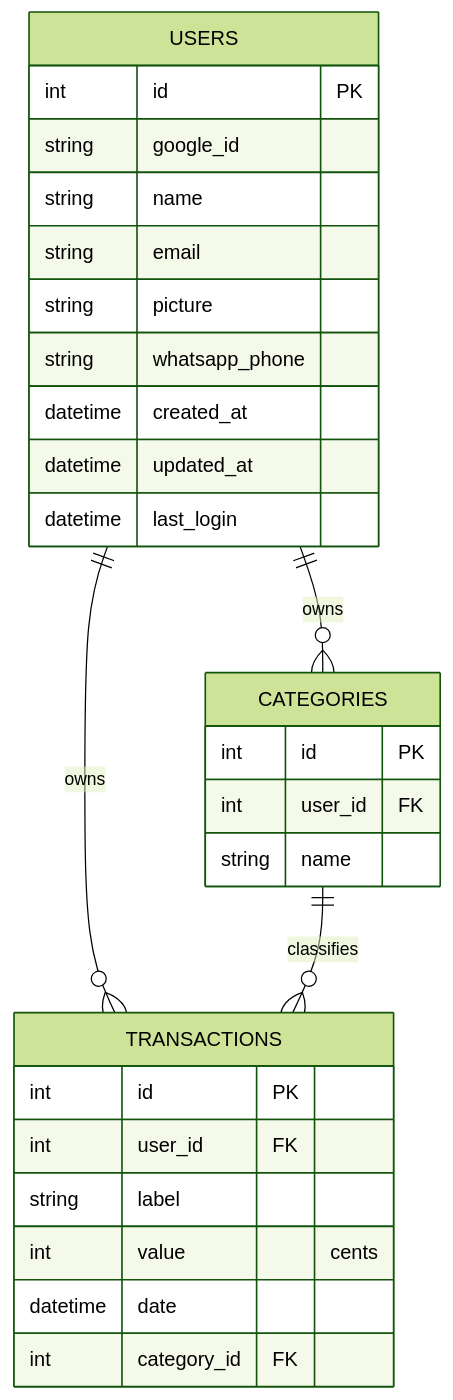
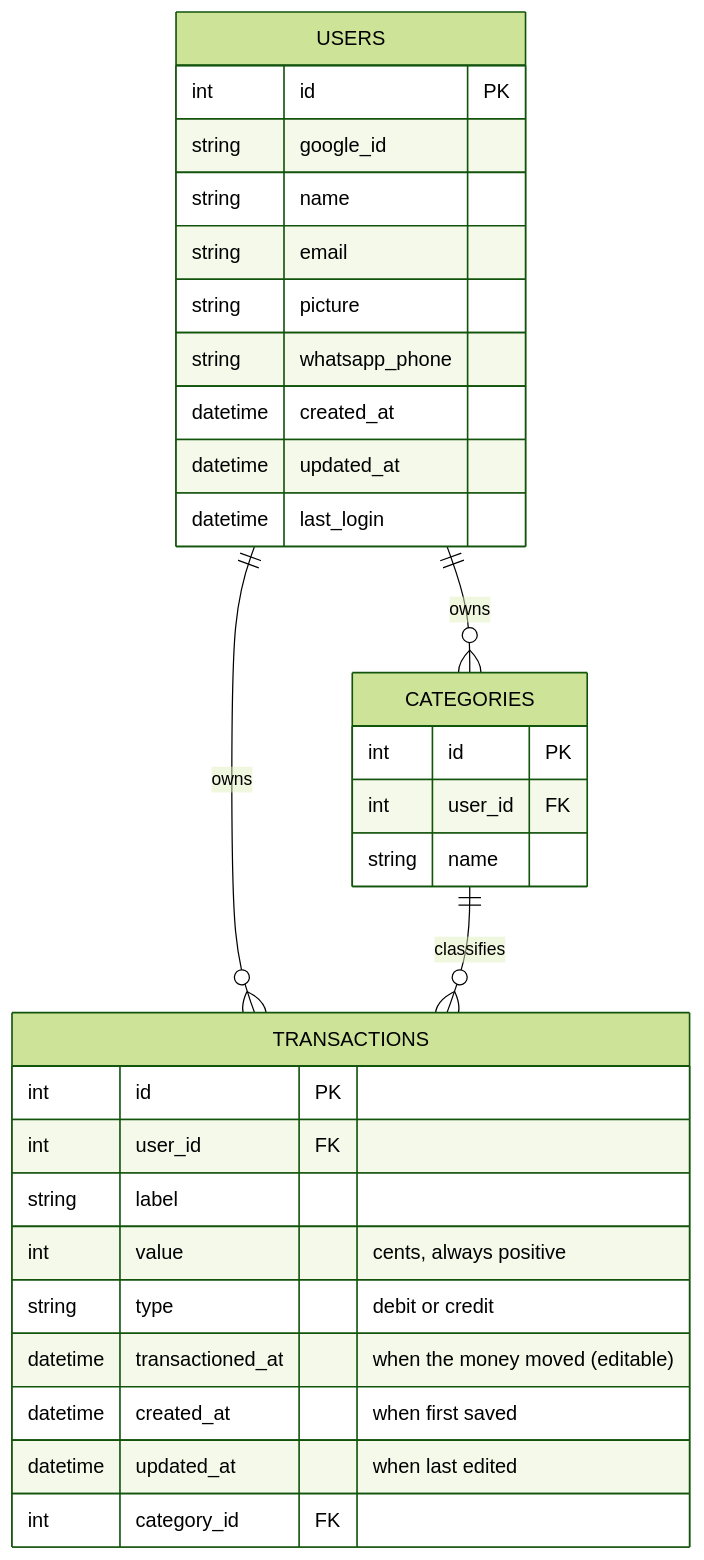
Before and after one commit to lucabattesini/money-budget: the second of 4 diagrams in docs/SYSTEM_DESIGN.md, drawn with Mermaid (forest theme). The commit also changed other lines of this file, not shown here.

Commit message:
MB-0008 docs: describe the new transaction fields and page in the system design

````diff
--- a/docs/SYSTEM_DESIGN.md
+++ b/docs/SYSTEM_DESIGN.md
@@ -148,31 +149,34 @@
 ```mermaid
 erDiagram
     USERS {
         int id PK
         string google_id
         string name
         string email
         string picture
         string whatsapp_phone
         datetime created_at
         datetime updated_at
         datetime last_login
     }
     CATEGORIES {
         int id PK
         int user_id FK
         string name
     }
     TRANSACTIONS {
         int id PK
         int user_id FK
         string label
-        int value "cents"
-        datetime date
+        int value "cents, always positive"
+        string type "debit or credit"
+        datetime transactioned_at "when the money moved (editable)"
+        datetime created_at "when first saved"
+        datetime updated_at "when last edited"
         int category_id FK
     }
 
     USERS ||--o{ TRANSACTIONS : "owns"
     USERS ||--o{ CATEGORIES : "owns"
     CATEGORIES ||--o{ TRANSACTIONS : "classifies"
 ```
````
